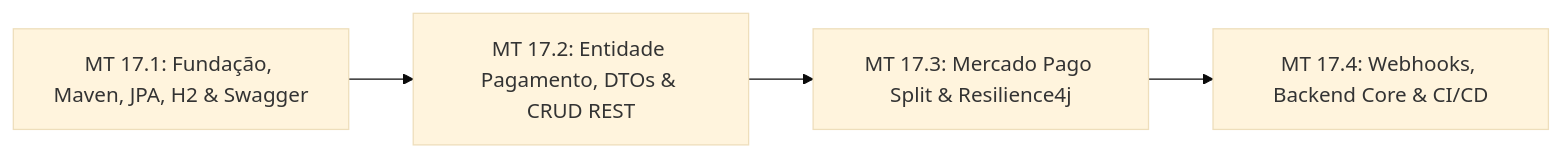
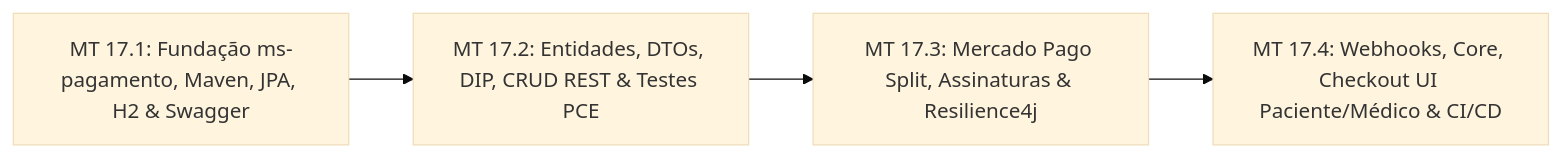
One commit to GuilhermeSilva-25/active-age changed the third of 3 diagrams in 4-Semestre/docs_ia/specs/SPEC_SDD_MICROSSERVICO_GATEWAY_PAGAMENTO_SPLIT.md. Above: the diagram before and after it, drawn with Mermaid (base theme). The commit also changed other lines of this file, not shown here.

Commit message:
docs(spec): atualizar SPEC-17 com suporte integral a split de consulta e assinatura saas do medico

````diff
--- a/4-Semestre/docs_ia/specs/SPEC_SDD_MICROSSERVICO_GATEWAY_PAGAMENTO_SPLIT.md
+++ b/4-Semestre/docs_ia/specs/SPEC_SDD_MICROSSERVICO_GATEWAY_PAGAMENTO_SPLIT.md
@@ -330,6 +399,6 @@
 ```mermaid
 flowchart LR
-    MT1["MT 17.1: Fundação, Maven, JPA, H2 & Swagger"] --> MT2["MT 17.2: Entidade Pagamento, DTOs & CRUD REST"]
-    MT2 --> MT3["MT 17.3: Mercado Pago Split & Resilience4j"]
-    MT3 --> MT4["MT 17.4: Webhooks, Backend Core & CI/CD"]
+    MT1["MT 17.1: Fundação ms-pagamento, Maven, JPA, H2 & Swagger"] --> MT2["MT 17.2: Entidades, DTOs, DIP, CRUD REST & Testes PCE"]
+    MT2 --> MT3["MT 17.3: Mercado Pago Split, Assinaturas & Resilience4j"]
+    MT3 --> MT4["MT 17.4: Webhooks, Core, Checkout UI Paciente/Médico & CI/CD"]
 ```
````
